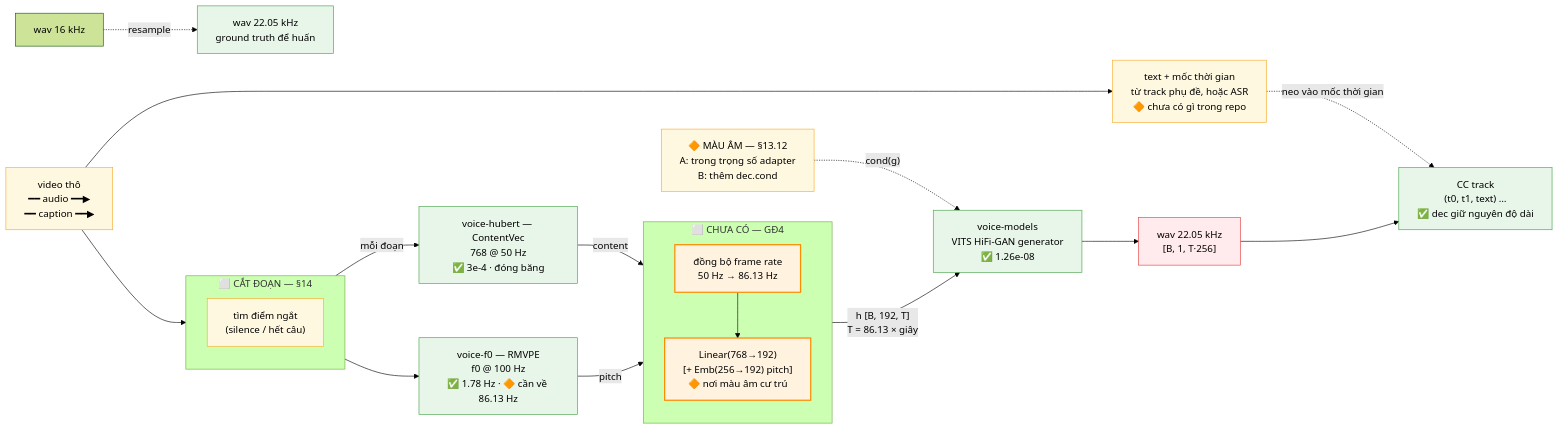
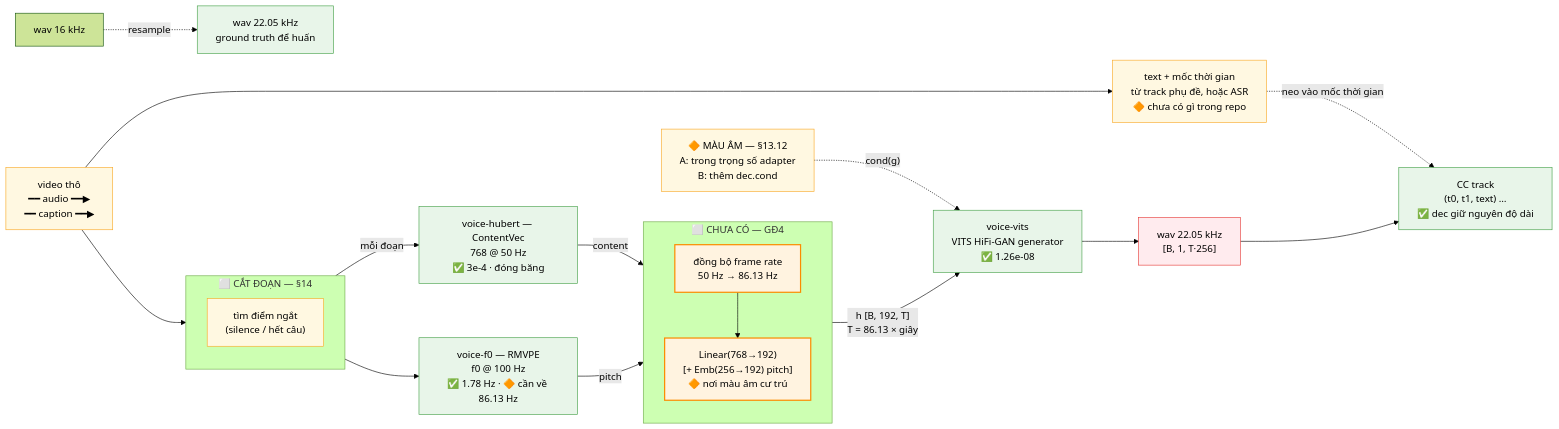
One commit to hungpham10/voice-rs changed the first of 3 diagrams in docs/architecture.md. Above: the diagram before and after it, drawn with Mermaid (forest theme). The commit also changed other lines of this file and 21 other files, not shown here.

Commit message:
refactor: rename voice-models → voice-vits (#21)

````diff
--- a/docs/architecture.md
+++ b/docs/architecture.md
@@ -21,54 +21,54 @@
 ```mermaid
 flowchart LR
     IN["wav 16 kHz"]
 
     SRC["video thô<br/>━━ audio ━━▶<br/>━━ caption ━━▶"]
     SRC --> SEG
     SRC --> TXT
 
     subgraph CUT["⬜ CẮT ĐOẠN — §14"]
         direction TB
         SEG["tìm điểm ngắt<br/>(silence / hết câu)"]
     end
 
     TXT["text + mốc thời gian<br/>từ track phụ đề, hoặc ASR<br/>🔶 chưa có gì trong repo"]
 
     SEG -->|"mỗi đoạn"| HUB
     SEG --> F0
 
     HUB["voice-hubert — ContentVec<br/>768 @ 50 Hz<br/>✅ 3e-4 · đóng băng"]
     F0["voice-f0 — RMVPE<br/>f0 @ 100 Hz<br/>✅ 1.78 Hz · 🔶 cần về 86.13 Hz"]
 
     HUB -->|"content"| UPS
     F0 -->|"pitch"| UPS
 
     subgraph G4["⬜ CHƯA CÓ — GĐ4"]
         direction TB
         UPS["đồng bộ frame rate<br/>50 Hz → 86.13 Hz"]
         PROJ["Linear(768→192)<br/>[+ Emb(256→192) pitch]<br/>🔶 nơi màu âm cư trú"]
         UPS --> PROJ
     end
 
     PROJ -->|"h [B, 192, T]<br/>T = 86.13 × giây"| GEN
 
     G["🔶 MÀU ÂM — §13.12<br/>A: trong trọng số adapter<br/>B: thêm dec.cond"]
     G -.->|"cond(g)"| GEN
 
-    GEN["voice-models<br/>VITS HiFi-GAN generator<br/>✅ 1.26e-08"]
+    GEN["voice-vits<br/>VITS HiFi-GAN generator<br/>✅ 1.26e-08"]
 
     GEN --> OUT["wav 22.05 kHz<br/>[B, 1, T·256]"]
 
     TXT -.->|"neo vào mốc thời gian"| CC["CC track<br/>(t0, t1, text) …<br/>✅ dec giữ nguyên độ dài"]
     OUT --> CC
 
     IN -.->|"resample"| GT["wav 22.05 kHz<br/>ground truth để huấn"]
 
     classDef done fill:#e8f5e9,stroke:#43a047
     classDef todo fill:#fff3e0,stroke:#fb8c00,stroke-width:2px
     classDef q fill:#fff8e1,stroke:#f9a825
     classDef res fill:#ffebee,stroke:#e53935
     class HUB,F0,GEN,GT,CC done
     class UPS,PROJ todo
     class G,SEG,TXT,SRC q
     class OUT res
 ```
````
